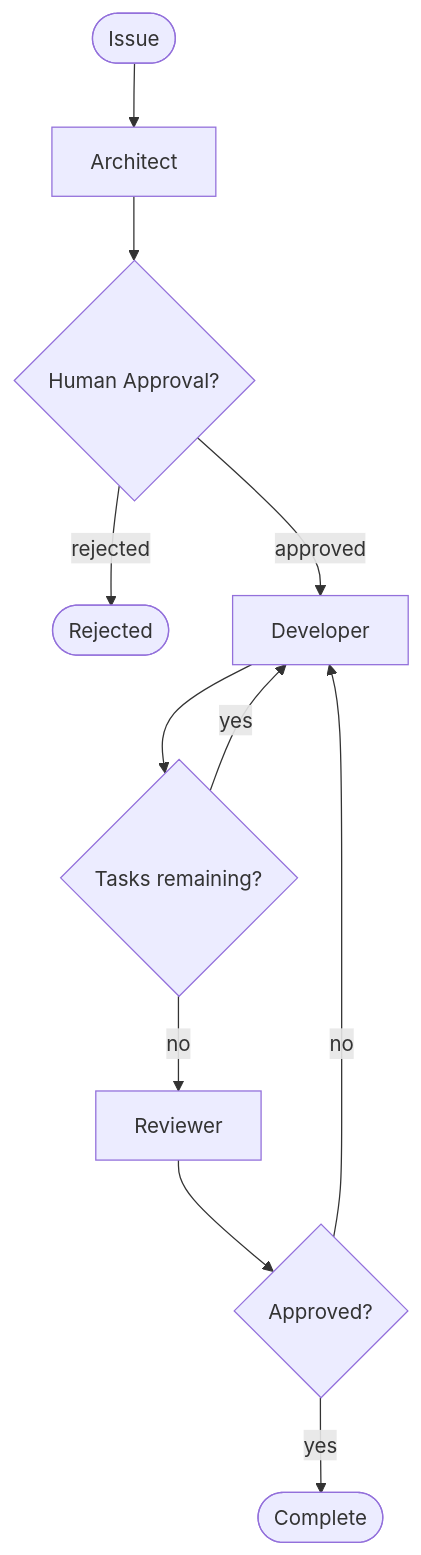
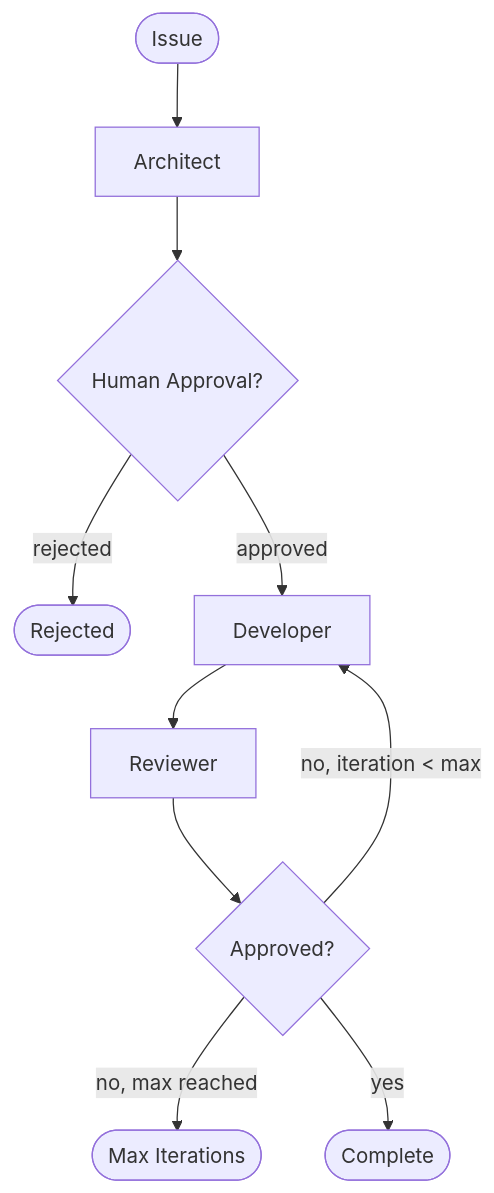
Before and after one commit to anderskev/amelia: the diagram in docs/site/architecture/concepts.md, drawn with Mermaid. The commit also changed other lines of this file and 9 other files, not shown here.

````diff
--- a/docs/site/architecture/concepts.md
+++ b/docs/site/architecture/concepts.md
@@ -81,13 +87,12 @@
 ```mermaid
 flowchart TD
     Start([Issue]) --> Architect
     Architect --> Approval{Human Approval?}
     Approval -->|rejected| End1([Rejected])
     Approval -->|approved| Developer
-    Developer --> TaskCheck{Tasks remaining?}
-    TaskCheck -->|yes| Developer
-    TaskCheck -->|no| Reviewer
+    Developer --> Reviewer
     Reviewer --> ReviewCheck{Approved?}
-    ReviewCheck -->|no| Developer
+    ReviewCheck -->|no, iteration < max| Developer
+    ReviewCheck -->|no, max reached| End3([Max Iterations])
     ReviewCheck -->|yes| End2([Complete])
 ```
````
